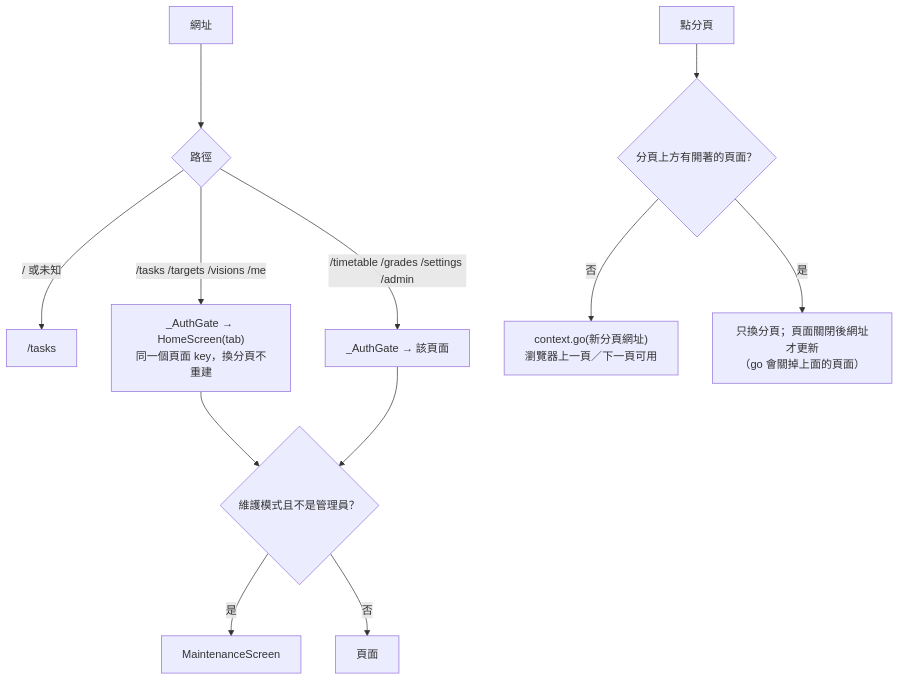
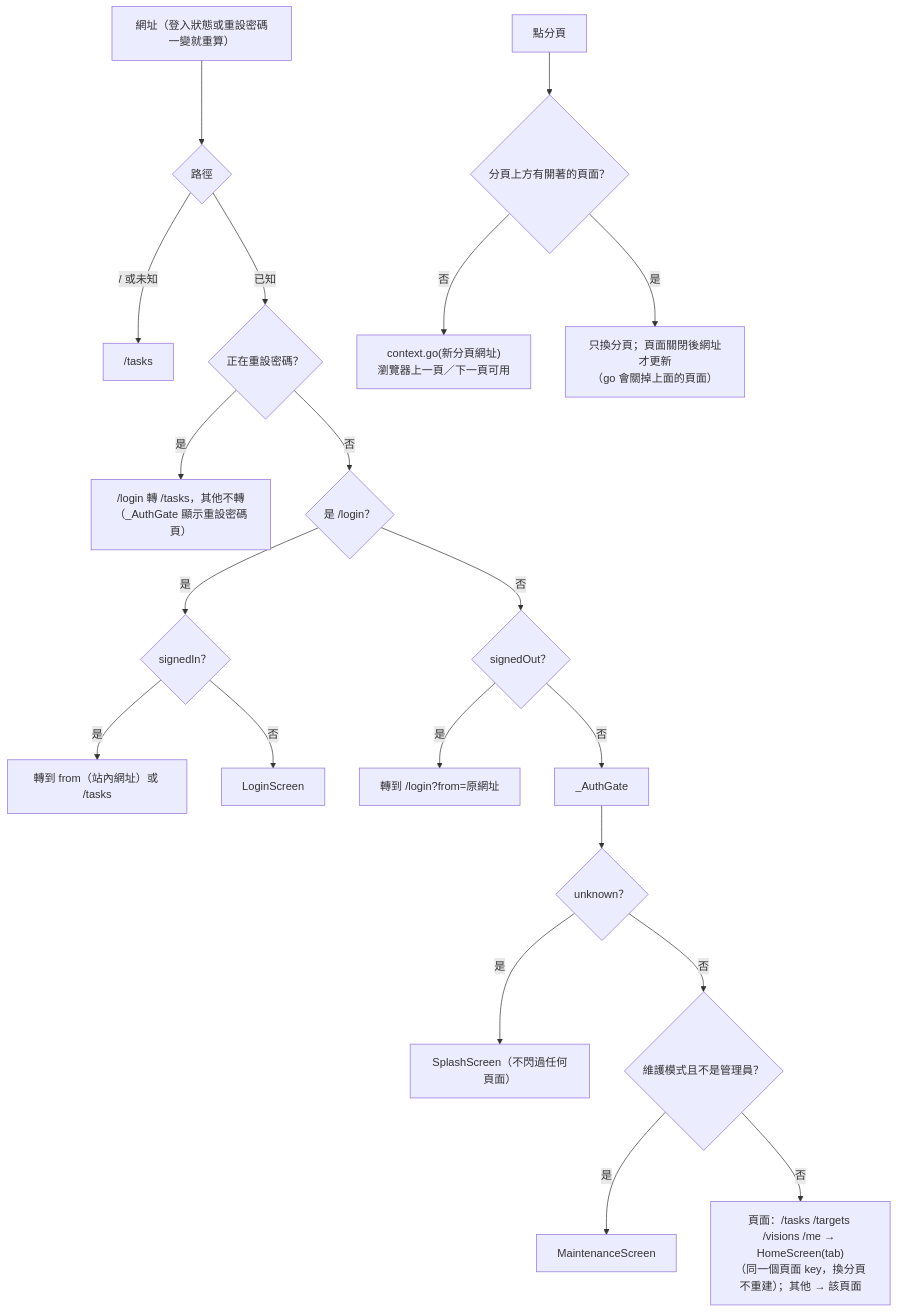
One commit to octofield/URniversity changed the second of 22 diagrams in docs/system_design.md. Above: the diagram before and after it, drawn with Mermaid. The commit also changed other lines of this file and 65 other files, not shown here.

````diff
--- a/docs/system_design.md
+++ b/docs/system_design.md
@@ -54,14 +64,22 @@
 ```mermaid
 flowchart TD
-    URL["網址"] --> R{"路徑"}
+    URL["網址（登入狀態或重設密碼一變就重算）"] --> R{"路徑"}
     R -->|/ 或未知| T["/tasks"]
-    R -->|/tasks /targets /visions /me| G1["_AuthGate → HomeScreen(tab)\n同一個頁面 key，換分頁不重建"]
-    R -->|/timetable /grades /settings /admin| G2["_AuthGate → 該頁面"]
-    G1 --> M{"維護模式且不是管理員？"}
-    G2 --> M
+    R -->|已知| Rec{"正在重設密碼？"}
+    Rec -->|是| RecP["/login 轉 /tasks，其他不轉\n（_AuthGate 顯示重設密碼頁）"]
+    Rec -->|否| L{"是 /login？"}
+    L -->|是| In{"signedIn？"}
+    In -->|是| From["轉到 from（站內網址）或 /tasks"]
+    In -->|否| LP["LoginScreen"]
+    L -->|否| Out{"signedOut？"}
+    Out -->|是| ToLogin["轉到 /login?from=原網址"]
+    Out -->|否| Gate["_AuthGate"]
+    Gate --> U{"unknown？"}
+    U -->|是| Splash["SplashScreen（不閃過任何頁面）"]
+    U -->|否| M{"維護模式且不是管理員？"}
     M -->|是| MS["MaintenanceScreen"]
-    M -->|否| P["頁面"]
+    M -->|否| P["頁面：/tasks /targets /visions /me → HomeScreen(tab)\n（同一個頁面 key，換分頁不重建）；其他 → 該頁面"]
     Tap["點分頁"] --> Cur{"分頁上方有開著的頁面？"}
     Cur -->|否| Go["context.go(新分頁網址)\n瀏覽器上一頁／下一頁可用"]
     Cur -->|是| Idx["只換分頁；頁面關閉後網址才更新\n（go 會關掉上面的頁面）"]
 ```
````
